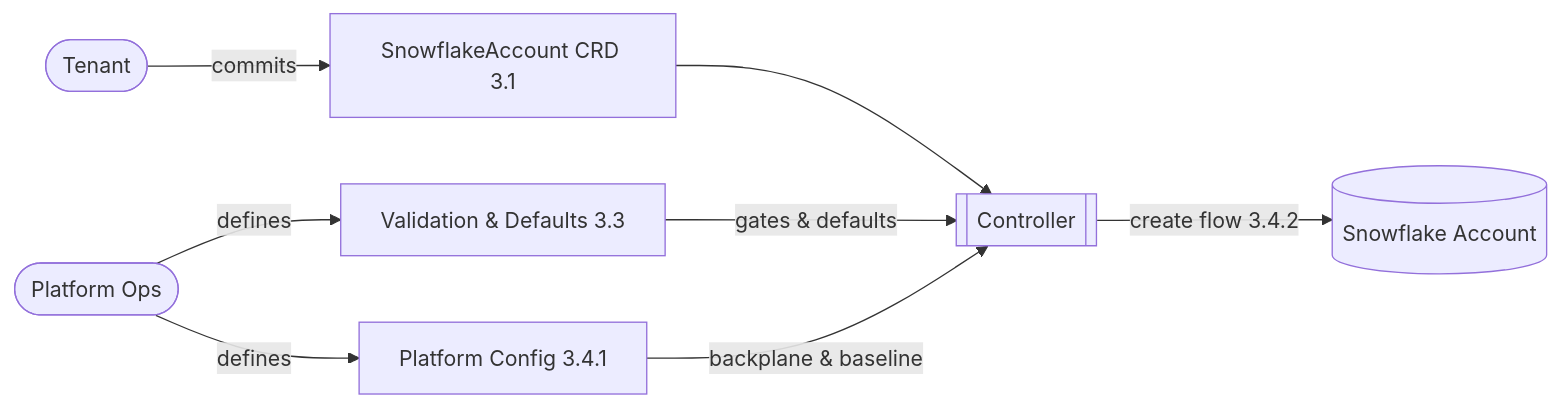
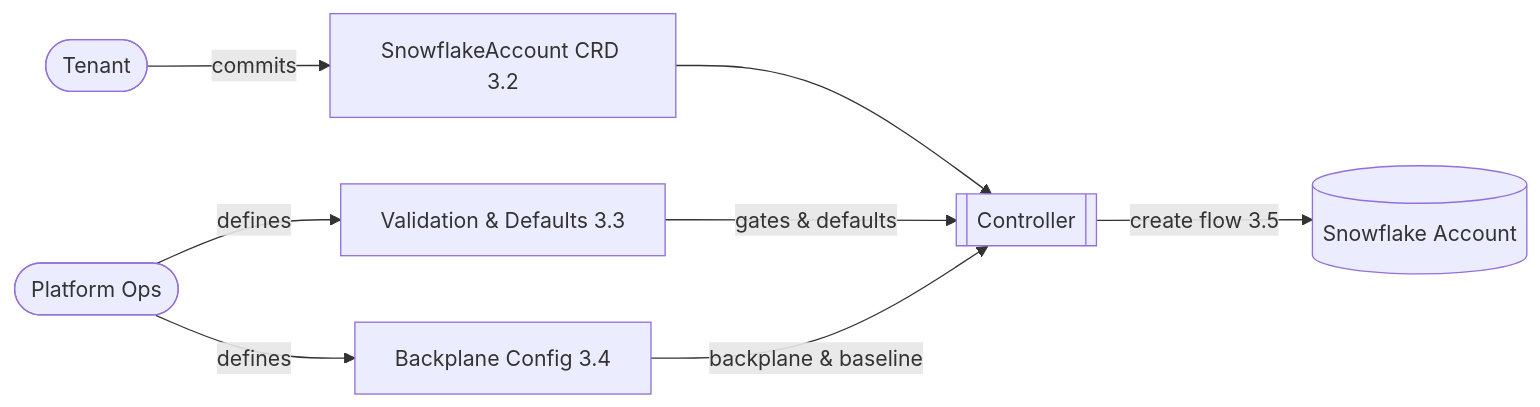
One commit to allianz/yukimi changed the diagram in specs/design.md. Above: the diagram before and after it, drawn with Mermaid. The commit also changed other lines of this file, not shown here.

Commit message:
added mermaid

````diff
--- a/specs/design.md
+++ b/specs/design.md
@@ -152,12 +112,12 @@
 ```mermaid
 flowchart LR
-    Tenant([Tenant]) -->|commits| CRD[SnowflakeAccount CRD 3.1]
+    Tenant([Tenant]) -->|commits| CRD[SnowflakeAccount CRD 3.2]
     Ops([Platform Ops]) -->|defines| ValidationRules[Validation & Defaults 3.3]
-    Ops -->|defines| PlatformConfig[Platform Config 3.4.1]
+    Ops -->|defines| BackplaneConfig[Backplane Config 3.4]
 
     CRD --> Controller[[Controller]]
     ValidationRules -->|gates & defaults| Controller
-    PlatformConfig -->|backplane & baseline| Controller
+    BackplaneConfig -->|backplane & baseline| Controller
 
-    Controller -->|create flow 3.4.2| Snowflake[(Snowflake Account)]
+    Controller -->|create flow 3.5| Snowflake[(Snowflake Account)]
 ```
````
